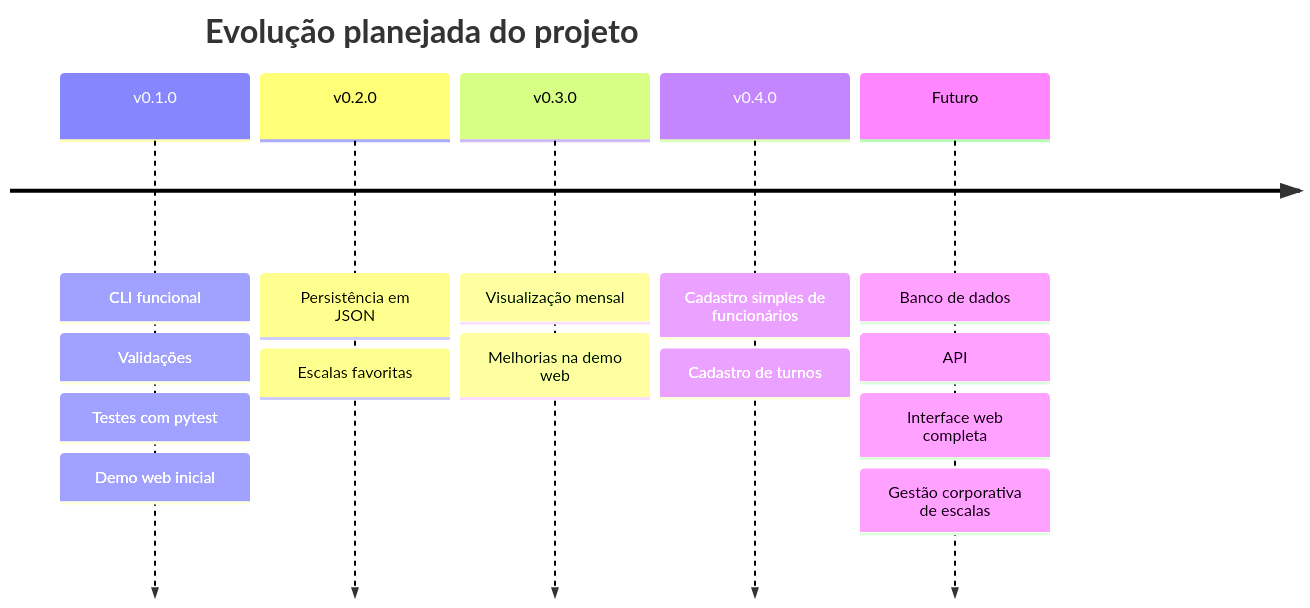
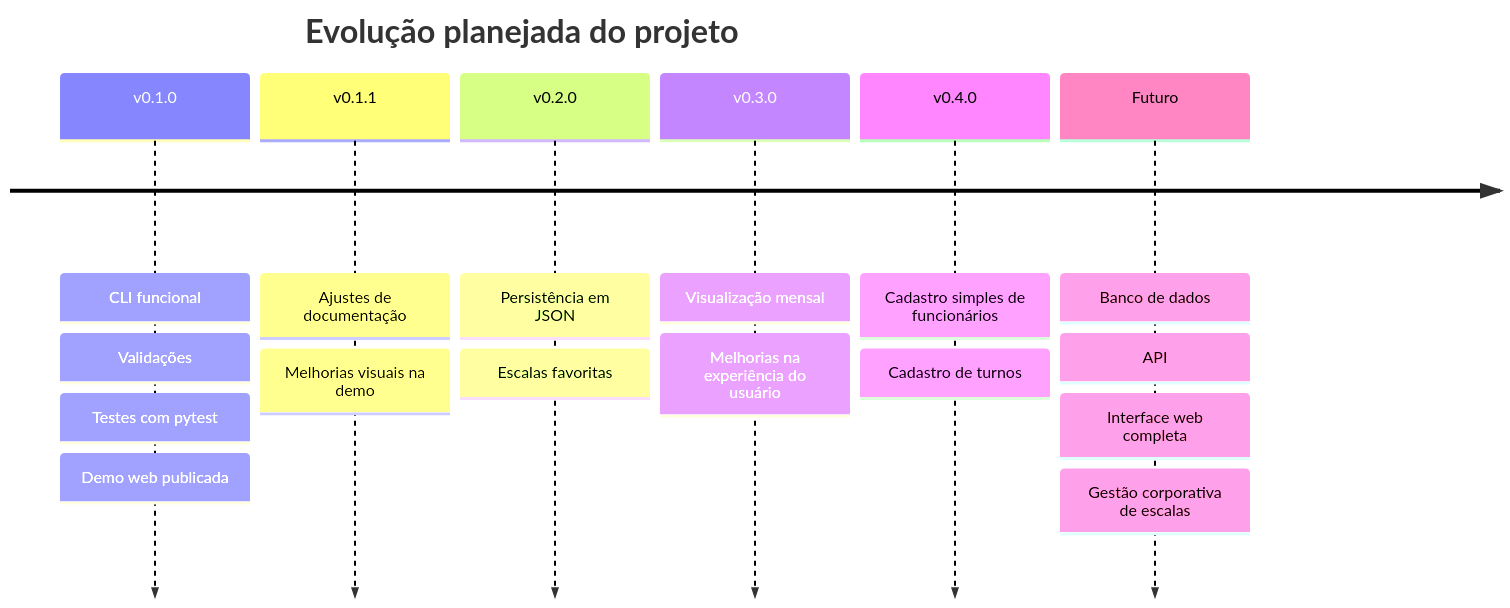
The third of 3 diagrams in README.md (Dinox75/simulador-escala-trabalho), drawn with Mermaid before and after one commit. The commit also changed other lines of this file, not shown here.

First line of the commit message:
docs: adiciona redirecionamento para demo web

````diff
--- a/README.md
+++ b/README.md
@@ -515,18 +523,20 @@
 ```mermaid
 timeline
     title Evolução planejada do projeto
     v0.1.0 : CLI funcional
            : Validações
            : Testes com pytest
-           : Demo web inicial
+           : Demo web publicada
+    v0.1.1 : Ajustes de documentação
+           : Melhorias visuais na demo
     v0.2.0 : Persistência em JSON
            : Escalas favoritas
     v0.3.0 : Visualização mensal
-           : Melhorias na demo web
+           : Melhorias na experiência do usuário
     v0.4.0 : Cadastro simples de funcionários
            : Cadastro de turnos
     Futuro : Banco de dados
            : API
            : Interface web completa
            : Gestão corporativa de escalas
 ```
````
